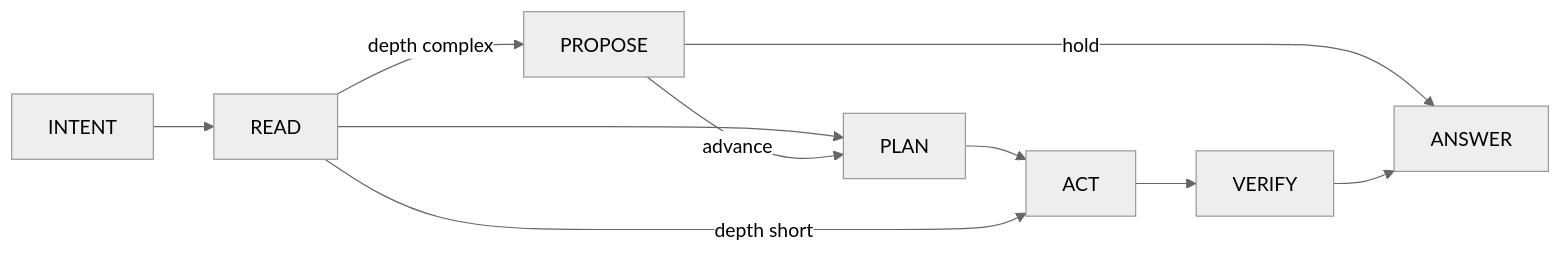
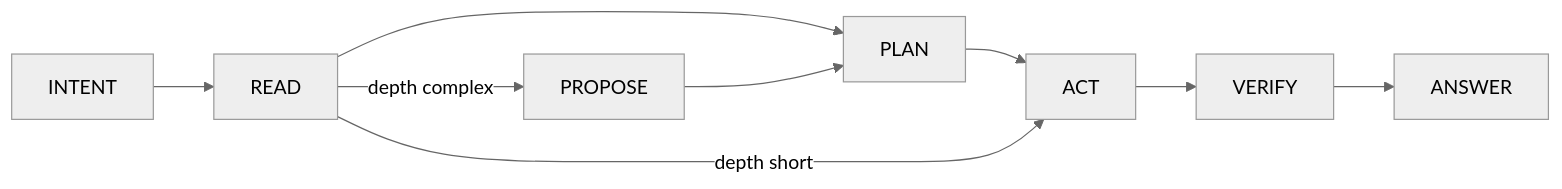
Before and after one commit to DroxKiwi/Drox---IDE---OR: the fifth of 13 diagrams in README.md, drawn with Mermaid (neutral theme). The commit also changed other lines of this file and 3 other files, not shown here.

````diff
--- a/README.md
+++ b/README.md
@@ -164,12 +165,11 @@
 ```mermaid
 flowchart LR
   I[INTENT] --> R[READ]
   R -->|depth complex| P[PROPOSE]
   R --> PL[PLAN]
-  P -->|advance| PL
-  P -->|hold| AN[ANSWER]
+  P --> PL
   PL --> A[ACT]
   R -->|depth short| A
   A --> V[VERIFY]
-  V --> AN
+  V --> AN[ANSWER]
 ```
````
